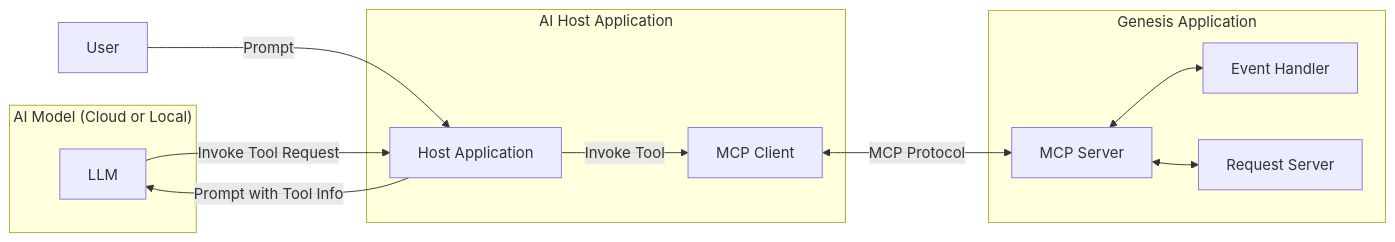
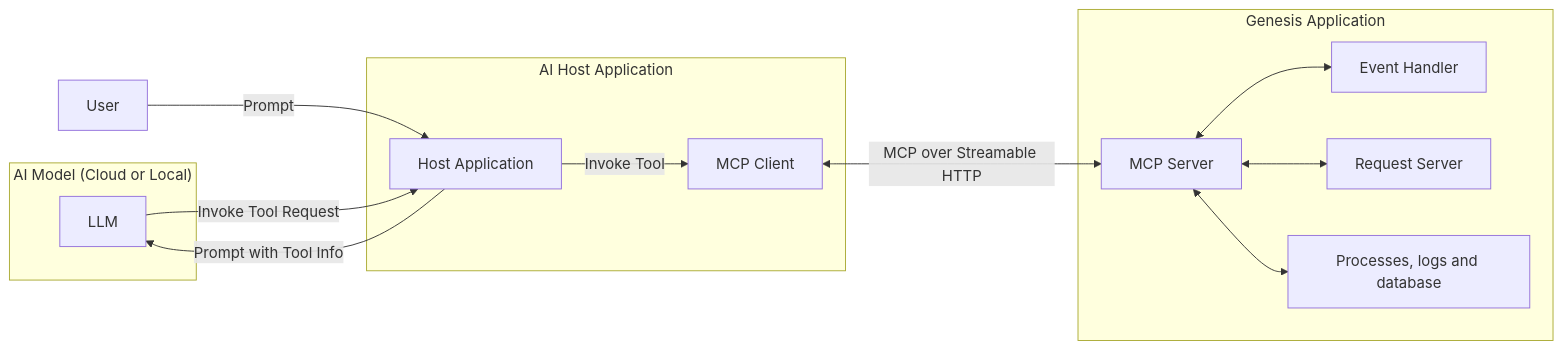
One commit to genesiscommunitysuccess/docs changed the diagram in docs/001_develop/02_server-capabilities/018_model_context_protocol/index.mdx. Above: the diagram before and after it, drawn with Mermaid. The commit also changed other lines of this file and 3 other files, not shown here.

````diff
--- a/docs/001_develop/02_server-capabilities/018_model_context_protocol/index.mdx
+++ b/docs/001_develop/02_server-capabilities/018_model_context_protocol/index.mdx
@@ -22,26 +24,28 @@
 ```mermaid
 graph LR
 
   subgraph "AI Model (Cloud or Local)"
     LLM[LLM]
   end
 
   subgraph AI Host Application
     HostApp[Host Application]
     MCPClient[MCP Client]
   end
 
   subgraph Genesis Application
     MCPServer[MCP Server]
     EventHandler[Event Handler]
     RequestServer[Request Server]
+    Platform[Processes, logs and database]
   end
 
   User -->|Prompt| HostApp
   HostApp -->|Prompt with Tool Info| LLM
   LLM -->|Invoke Tool Request| HostApp
   HostApp -->|Invoke Tool| MCPClient
-  MCPClient <-->|MCP Protocol| MCPServer
+  MCPClient <-->|MCP over Streamable HTTP| MCPServer
   MCPServer <--> EventHandler
   MCPServer <--> RequestServer
+  MCPServer <--> Platform
 ```
````
